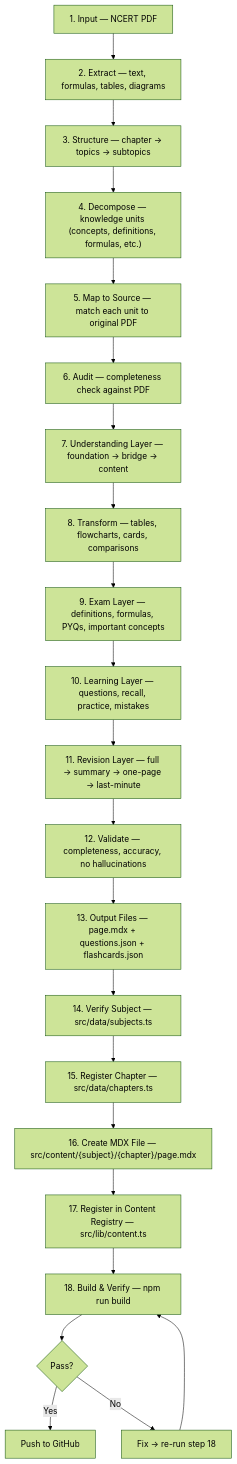
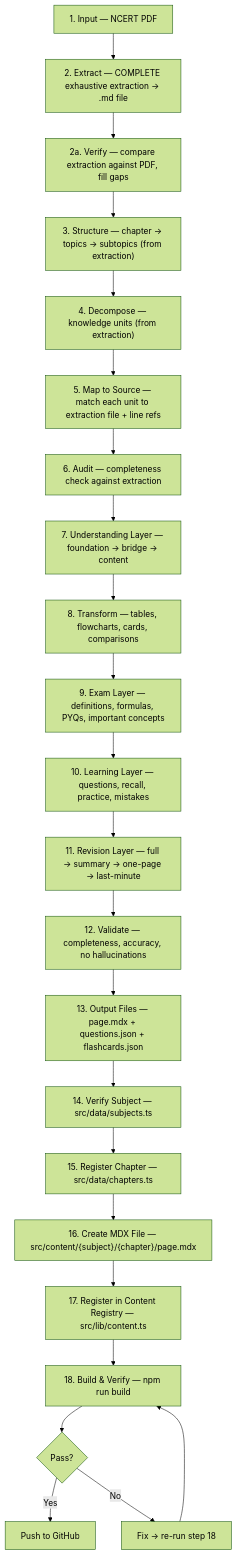
One commit to saabithe/textbook-plus changed the diagram in CHAPTER_PIPELINE.md. Above: the diagram before and after it, drawn with Mermaid (forest theme). The commit also changed other lines of this file, not shown here.

First line of the commit message:
Pipeline update: Step 2 = complete exhaustive extraction → .md source of truth

````diff
--- a/CHAPTER_PIPELINE.md
+++ b/CHAPTER_PIPELINE.md
@@ -19,24 +31,25 @@
 ```mermaid
 graph TD
-    A["1. Input — NCERT PDF"] --> B["2. Extract — text, formulas, tables, diagrams"]
-    B --> C["3. Structure — chapter → topics → subtopics"]
-    C --> D["4. Decompose — knowledge units (concepts, definitions, formulas, etc.)"]
-    D --> E["5. Map to Source — match each unit to original PDF"]
-    E --> F["6. Audit — completeness check against PDF"]
+    A["1. Input — NCERT PDF"] --> B["2. Extract — COMPLETE exhaustive extraction → .md file"]
+    B --> B2["2a. Verify — compare extraction against PDF, fill gaps"]
+    B2 --> C["3. Structure — chapter → topics → subtopics (from extraction)"]
+    C --> D["4. Decompose — knowledge units (from extraction)"]
+    D --> E["5. Map to Source — match each unit to extraction file + line refs"]
+    E --> F["6. Audit — completeness check against extraction"]
     F --> G["7. Understanding Layer — foundation → bridge → content"]
     G --> H["8. Transform — tables, flowcharts, cards, comparisons"]
     H --> I["9. Exam Layer — definitions, formulas, PYQs, important concepts"]
     I --> J["10. Learning Layer — questions, recall, practice, mistakes"]
     J --> K["11. Revision Layer — full → summary → one-page → last-minute"]
     K --> L["12. Validate — completeness, accuracy, no hallucinations"]
     L --> M["13. Output Files — page.mdx + questions.json + flashcards.json"]
     M --> N["14. Verify Subject — src/data/subjects.ts"]
     N --> O["15. Register Chapter — src/data/chapters.ts"]
     O --> P["16. Create MDX File — src/content/{subject}/{chapter}/page.mdx"]
     P --> Q["17. Register in Content Registry — src/lib/content.ts"]
     Q --> R["18. Build & Verify — npm run build"]
     R --> S{"Pass?"}
     S -->|Yes| T["Push to GitHub"]
     S -->|No| U["Fix → re-run step 18"]
     U --> R
 ```
````
